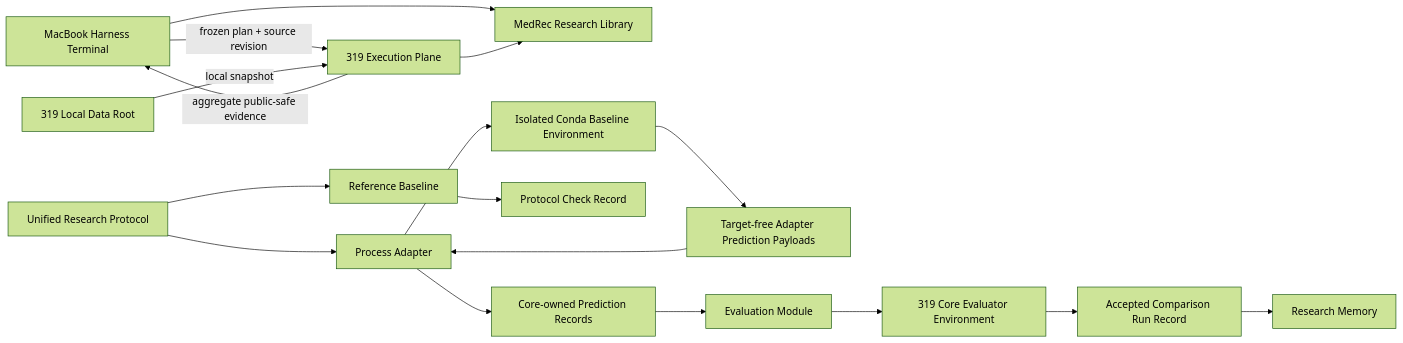
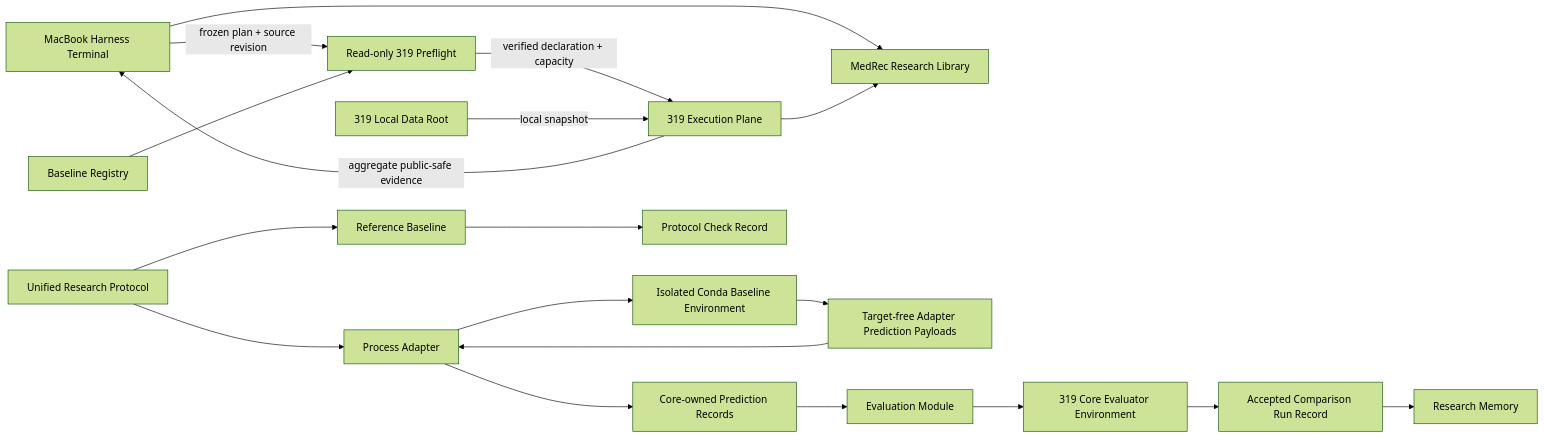
Before and after one commit to Aeonbrk/medrec-research: the diagram in ARCHITECTURE.md, drawn with Mermaid (forest theme). The commit also changed other lines of this file and 4 other files, not shown here.

````diff
--- a/ARCHITECTURE.md
+++ b/ARCHITECTURE.md
@@ -7,19 +7,21 @@
 ```mermaid
 flowchart LR
-    Mac["MacBook Harness Terminal"] -->|"frozen plan + source revision"| Remote["319 Execution Plane"]
+    Mac["MacBook Harness Terminal"] -->|"frozen plan + source revision"| Preflight["Read-only 319 Preflight"]
+    Registry["Baseline Registry"] --> Preflight
+    Preflight -->|"verified declaration + capacity"| Remote["319 Execution Plane"]
     Data["319 Local Data Root"] -->|"local snapshot"| Remote
     Remote -->|"aggregate public-safe evidence"| Mac
     Mac --> Core["MedRec Research Library"]
     Remote --> Core
     Protocol["Unified Research Protocol"] --> Reference["Reference Baseline"]
     Protocol --> Adapter["Process Adapter"]
     Adapter --> Conda["Isolated Conda Baseline Environment"]
     Reference --> Check["Protocol Check Record"]
     Conda --> Wire["Target-free Adapter Prediction Payloads"]
     Wire --> Adapter
     Adapter --> Prediction["Core-owned Prediction Records"]
     Prediction --> Evaluation["Evaluation Module"]
     Evaluation --> Evaluator["319 Core Evaluator Environment"]
     Evaluator --> Run["Accepted Comparison Run Record"]
     Run --> Memory["Research Memory"]
 ```
````
